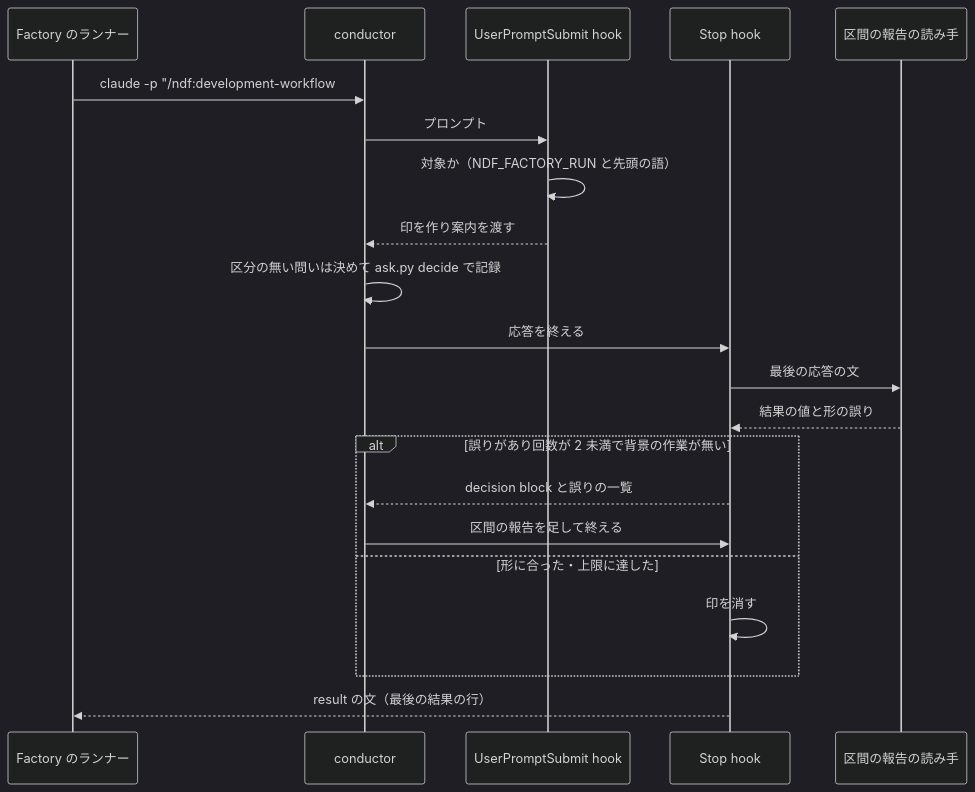
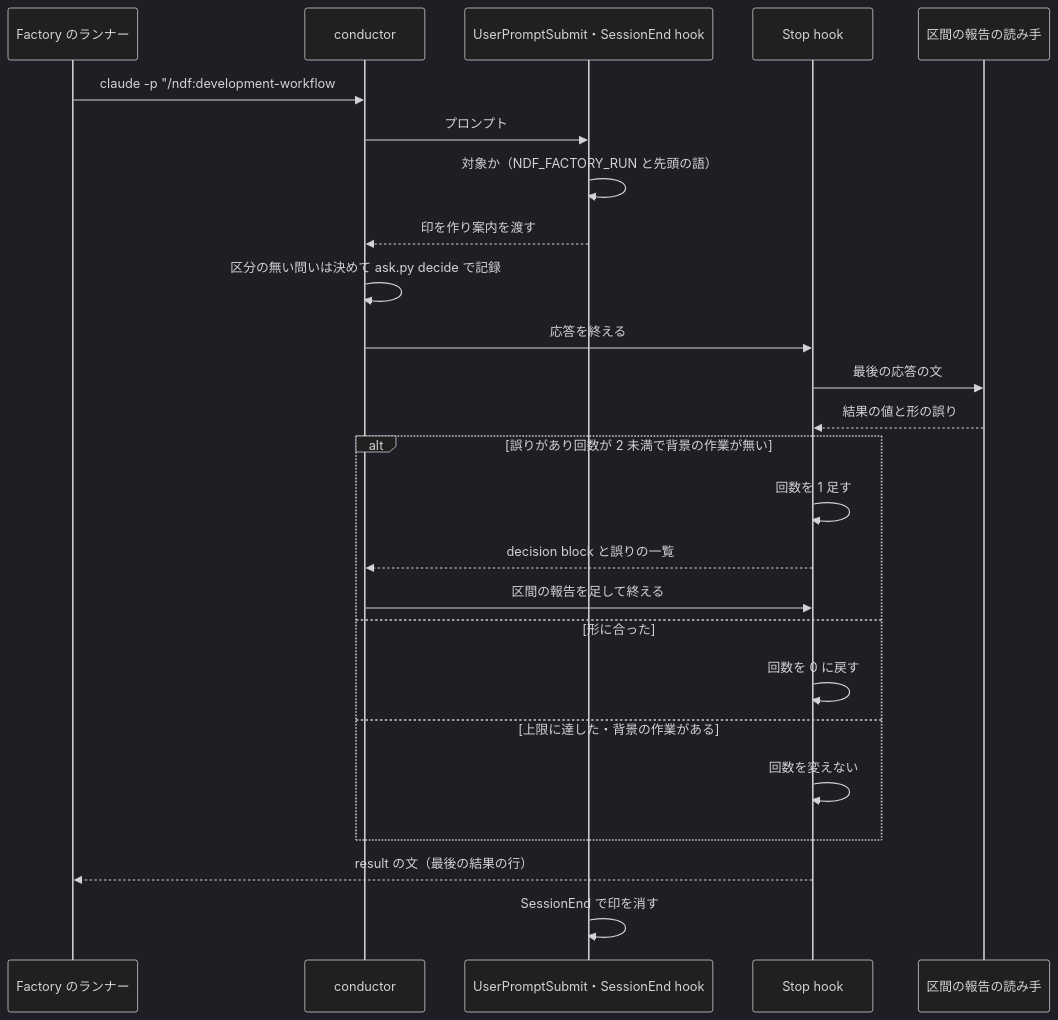
The third of 3 diagrams in issues/issue-3242-design.md (devbasex/ai-plugins), drawn with Mermaid (dark theme) before and after one commit. The commit also changed other lines of this file and 2 other files, not shown here.

````diff
--- a/issues/issue-3242-design.md
+++ b/issues/issue-3242-design.md
@@ -314,23 +343,27 @@
 ```mermaid
 sequenceDiagram
   participant R as Factory のランナー
   participant C as conductor
-  participant U as UserPromptSubmit hook
+  participant U as UserPromptSubmit・SessionEnd hook
   participant S as Stop hook
   participant F as 区間の報告の読み手
   R->>C: claude -p "/ndf:development-workflow #12"
   C->>U: プロンプト
   U->>U: 対象か（NDF_FACTORY_RUN と先頭の語）
   U-->>C: 印を作り案内を渡す
   C->>C: 区分の無い問いは決めて ask.py decide で記録
   C->>S: 応答を終える
   S->>F: 最後の応答の文
   F-->>S: 結果の値と形の誤り
   alt 誤りがあり回数が 2 未満で背景の作業が無い
+    S->>S: 回数を 1 足す
     S-->>C: decision block と誤りの一覧
     C->>S: 区間の報告を足して終える
-  else 形に合った・上限に達した
-    S->>S: 印を消す
+  else 形に合った
+    S->>S: 回数を 0 に戻す
+  else 上限に達した・背景の作業がある
+    S->>S: 回数を変えない
   end
   S-->>R: result の文（最後の結果の行）
+  U->>U: SessionEnd で印を消す
 ```
````
